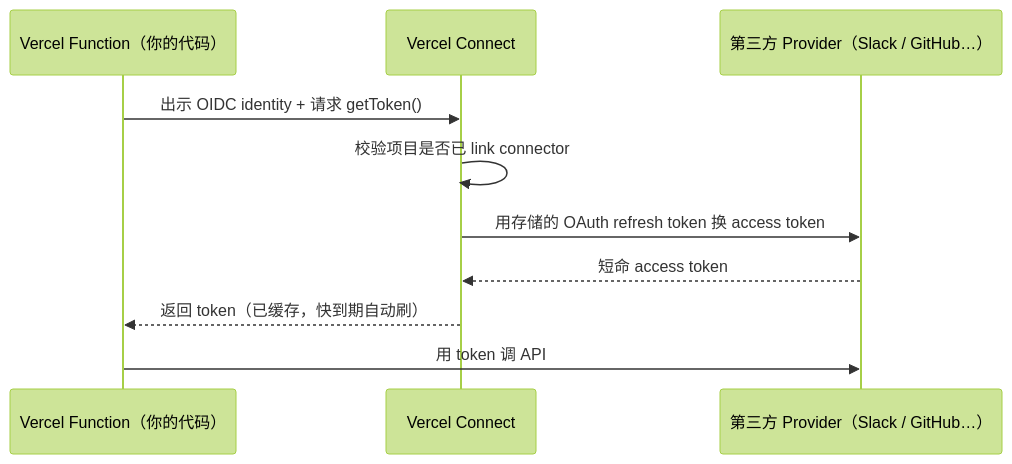
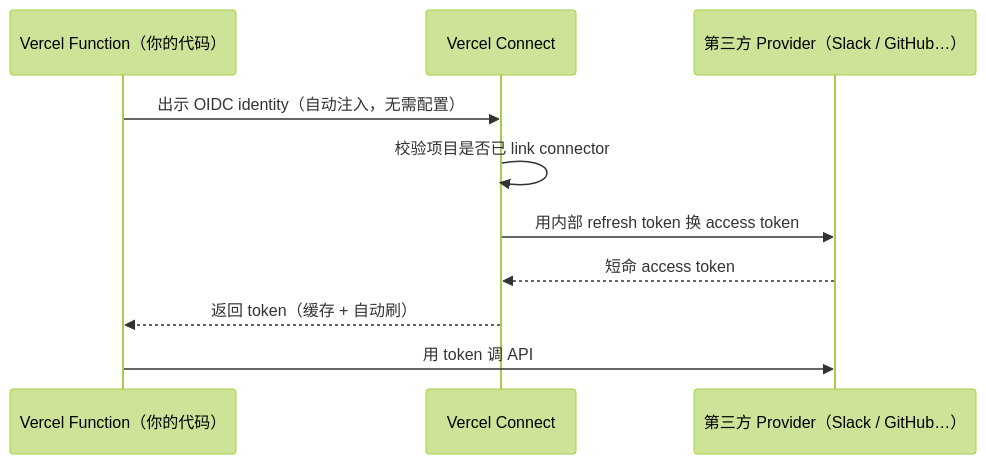
Before and after one commit to Haoping-Xiao/haoping-xiao.github.io: the first of 2 diagrams in src/content/blog/vercel-connect-deep-dive.mdx, drawn with Mermaid (forest theme). The commit also changed other lines of this file and 2 other files, not shown here.

````diff
--- a/src/content/blog/vercel-connect-deep-dive.mdx
+++ b/src/content/blog/vercel-connect-deep-dive.mdx
@@ -64,13 +40,13 @@
 ```mermaid
 sequenceDiagram
     participant App as Vercel Function（你的代码）
     participant VC  as Vercel Connect
     participant P   as 第三方 Provider（Slack / GitHub…）
 
-    App->>VC: 出示 OIDC identity + 请求 getToken()
+    App->>VC: 出示 OIDC identity（自动注入，无需配置）
     VC->>VC: 校验项目是否已 link connector
-    VC->>P: 用存储的 OAuth refresh token 换 access token
+    VC->>P: 用内部 refresh token 换 access token
     P-->>VC: 短命 access token
-    VC-->>App: 返回 token（已缓存，快到期自动刷）
+    VC-->>App: 返回 token（缓存 + 自动刷）
     App->>P: 用 token 调 API
 ```
````
